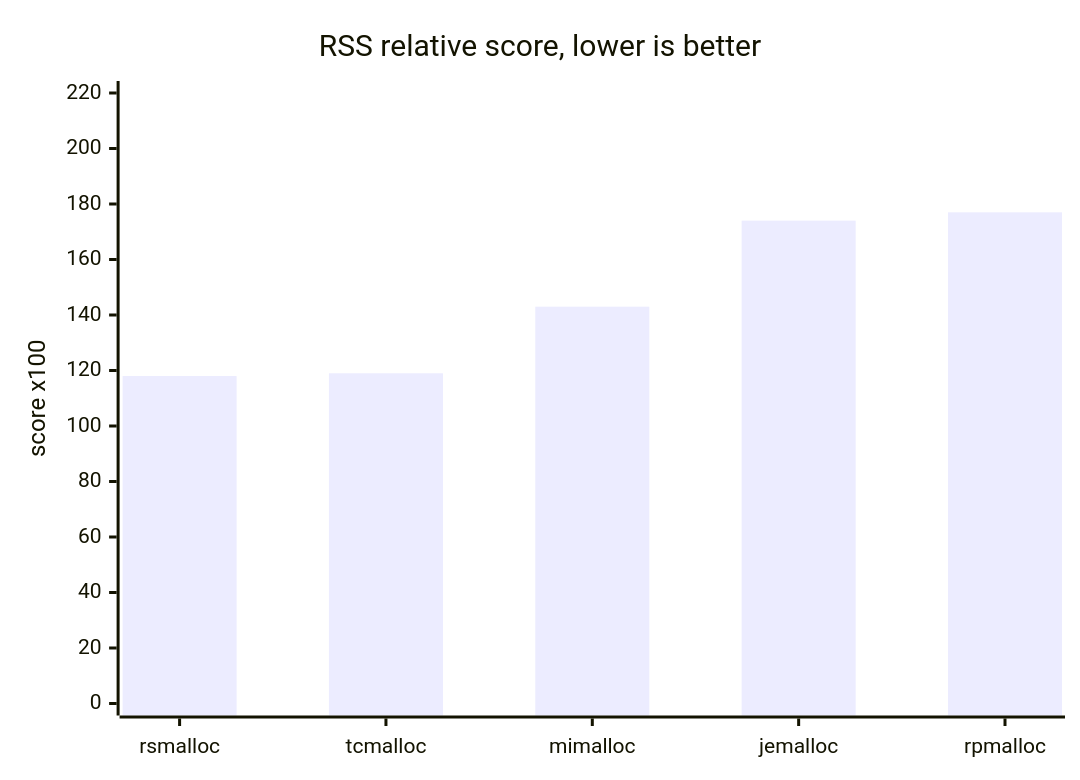
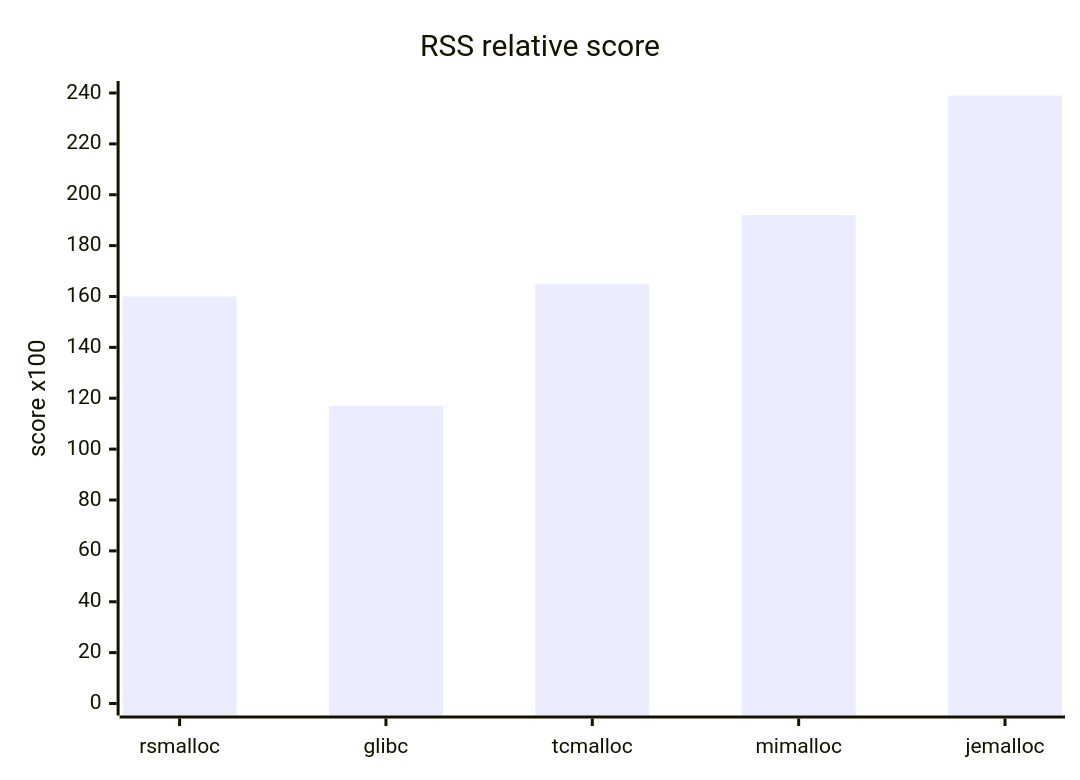
Before and after one commit to Metehan120/rsmalloc: the fourth of 8 diagrams in benchmarks/benchmarks.md, drawn with Mermaid. The commit also changed other lines of this file and 171 other files, not shown here.

````diff
--- a/benchmarks/benchmarks.md
+++ b/benchmarks/benchmarks.md
@@ -130,7 +107,7 @@
 ```mermaid
 xychart-beta
-    title "RSS relative score, lower is better"
-    x-axis [rsmalloc, tcmalloc, mimalloc, jemalloc, rpmalloc]
-    y-axis "score x100" 0 --> 220
-    bar [118, 119, 143, 174, 177]
+    title "RSS relative score"
+    x-axis [rsmalloc, glibc, tcmalloc, mimalloc, jemalloc]
+    y-axis "score x100" 0 --> 240
+    bar [160, 117, 165, 192, 239]
 ```
````
